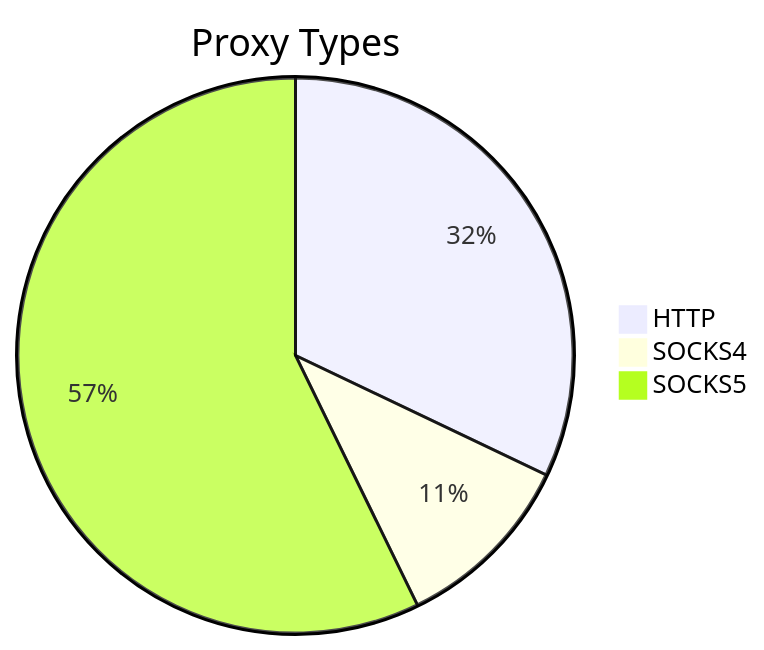
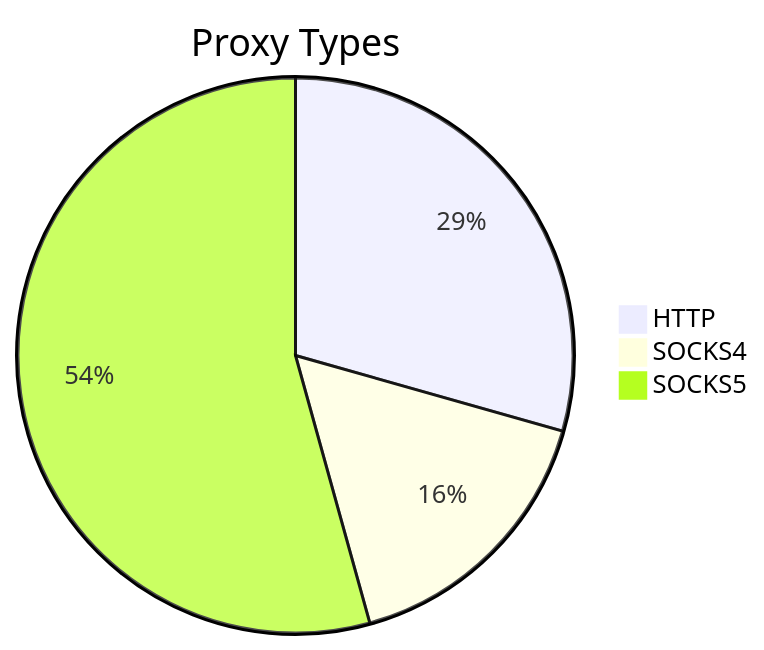
The first of 2 diagrams in README.md (stormsia/proxy-list), drawn with Mermaid before and after one commit. The commit also changed other lines of this file, not shown here.

````diff
--- a/README.md
+++ b/README.md
@@ -21,6 +21,6 @@
 ```mermaid
 pie title Proxy Types
-    "HTTP" : 51
-    "SOCKS4" : 17
-    "SOCKS5" : 91
+    "HTTP" : 92
+    "SOCKS4" : 51
+    "SOCKS5" : 170
 ```
````
